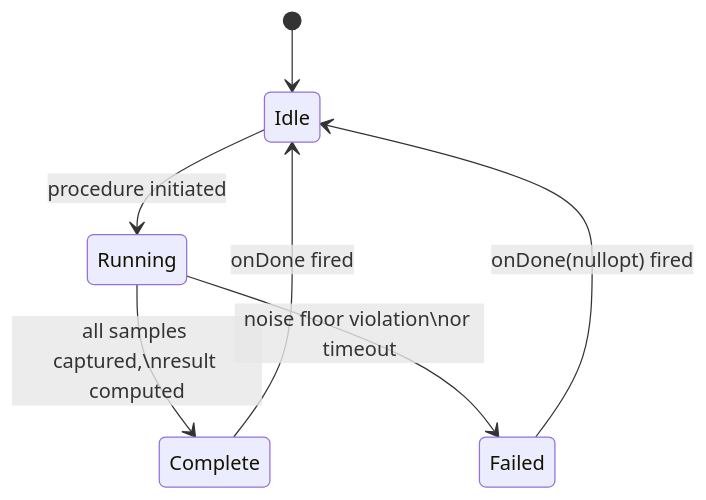
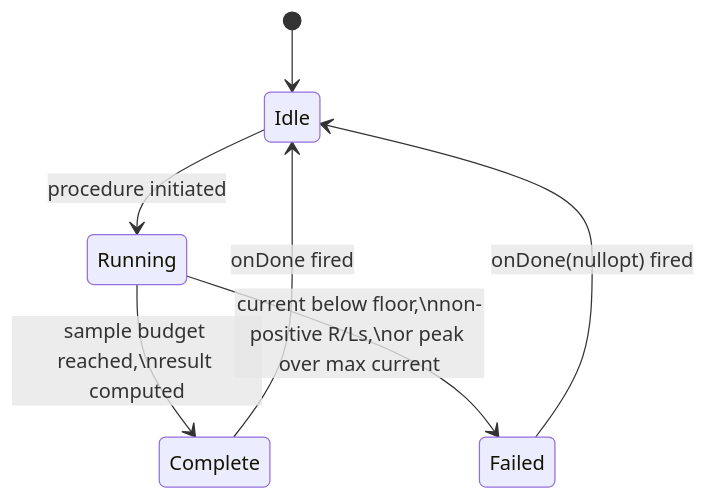
One commit to embedded-pro/e-foc changed the fourth of 4 diagrams in documentation/design/service-electrical-ident.md. Above: the diagram before and after it, drawn with Mermaid. The commit also changed other lines of this file and 8 other files, not shown here.

````diff
--- a/documentation/design/service-electrical-ident.md
+++ b/documentation/design/service-electrical-ident.md
@@ -155,9 +219,9 @@
 ```mermaid
 stateDiagram-v2
     [*] --> Idle
     Idle --> Running : procedure initiated
-    Running --> Complete : all samples captured,\nresult computed
-    Running --> Failed : noise floor violation\nor timeout
+    Running --> Complete : sample budget reached,\nresult computed
+    Running --> Failed : current below floor,\nnon-positive R/Ls,\nor peak over max current
     Complete --> Idle : onDone fired
     Failed --> Idle : onDone(nullopt) fired
 ```
````
